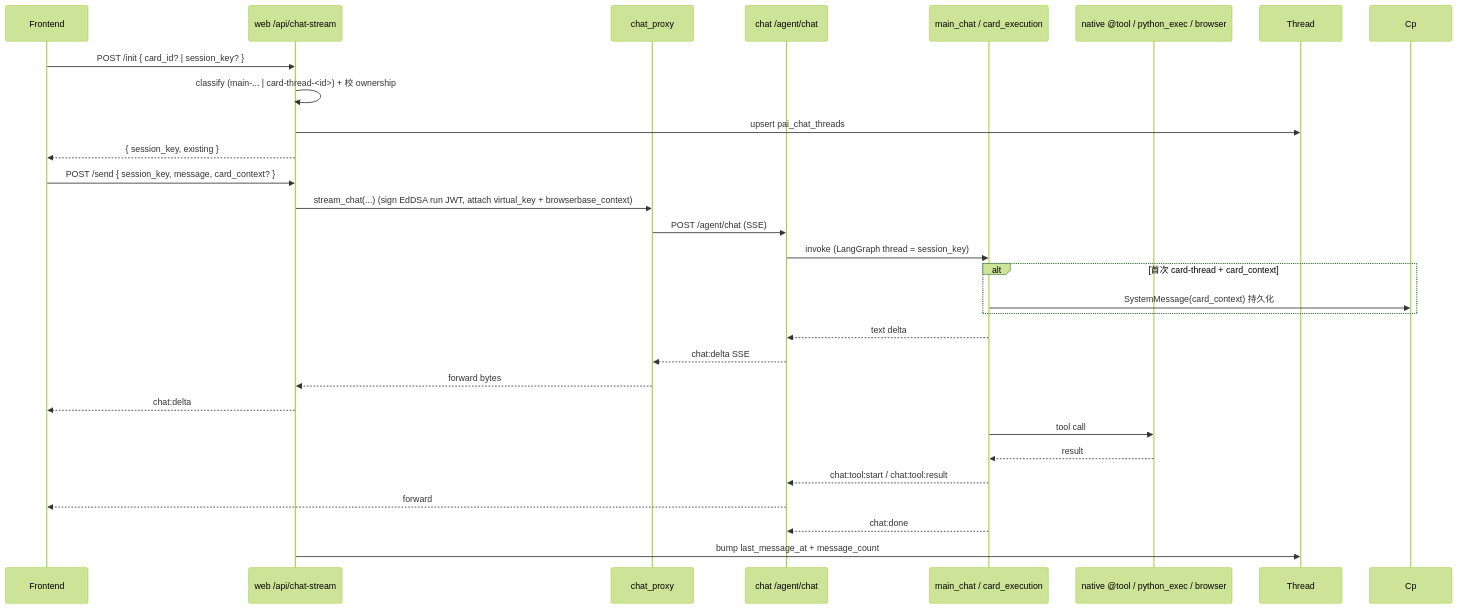
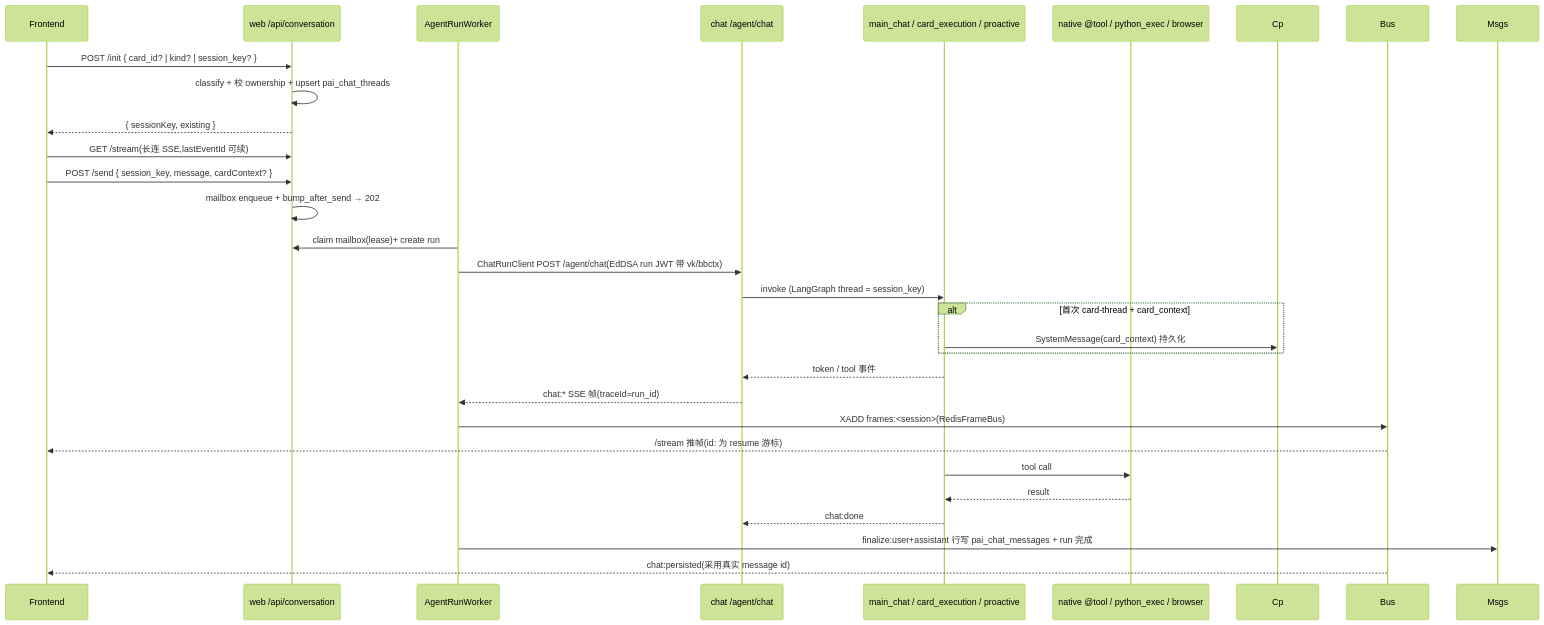
Before and after one commit to Edge-AI-HQ/proactive-assistant: the second of 2 diagrams in docs/modules/execution.mdx, drawn with Mermaid (forest theme). The commit also changed other lines of this file and 26 other files, not shown here.

First line of the commit message:
feat(cards): migrate card execution + pre-run fanout to the conversation kernel; remove /api/chat-stream/* (#62)

````diff
--- a/docs/modules/execution.mdx
+++ b/docs/modules/execution.mdx
@@ -69,31 +78,31 @@
 ```mermaid
 sequenceDiagram
   participant FE as Frontend
-  participant Web as web /api/chat-stream
-  participant Proxy as chat_proxy
+  participant Web as web /api/conversation
+  participant Worker as AgentRunWorker
   participant Chat as chat /agent/chat
-  participant Agent as main_chat / card_execution
+  participant Agent as main_chat / card_execution / proactive
   participant Tool as native @tool / python_exec / browser
 
-  FE->>Web: POST /init { card_id? | session_key? }
-  Web->>Web: classify (main-... | card-thread-<id>) + 校 ownership
-  Web->>Thread: upsert pai_chat_threads
-  Web-->>FE: { session_key, existing }
-  FE->>Web: POST /send { session_key, message, card_context? }
-  Web->>Proxy: stream_chat(...) (sign EdDSA run JWT, attach virtual_key + browserbase_context)
-  Proxy->>Chat: POST /agent/chat (SSE)
+  FE->>Web: POST /init { card_id? | kind? | session_key? }
+  Web->>Web: classify + 校 ownership + upsert pai_chat_threads
+  Web-->>FE: { sessionKey, existing }
+  FE->>Web: GET /stream(长连 SSE,lastEventId 可续)
+  FE->>Web: POST /send { session_key, message, cardContext? }
+  Web->>Web: mailbox enqueue + bump_after_send → 202
+  Worker->>Web: claim mailbox(lease)+ create run
+  Worker->>Chat: ChatRunClient POST /agent/chat(EdDSA run JWT 带 vk/bbctx)
   Chat->>Agent: invoke (LangGraph thread = session_key)
   alt 首次 card-thread + card_context
     Agent->>Cp: SystemMessage(card_context) 持久化
   end
-  Agent-->>Chat: text delta
-  Chat-->>Proxy: chat:delta SSE
-  Proxy-->>Web: forward bytes
-  Web-->>FE: chat:delta
+  Agent-->>Chat: token / tool 事件
+  Chat-->>Worker: chat:* SSE 帧(traceId=run_id)
+  Worker->>Bus: XADD frames:<session>(RedisFrameBus)
+  Bus-->>FE: /stream 推帧(id: 为 resume 游标)
   Agent->>Tool: tool call
   Tool-->>Agent: result
-  Agent-->>Chat: chat:tool:start / chat:tool:result
-  Chat-->>FE: forward
   Agent-->>Chat: chat:done
-  Web->>Thread: bump last_message_at + message_count
+  Worker->>Msgs: finalize:user+assistant 行写 pai_chat_messages + run 完成
+  Bus-->>FE: chat:persisted(采用真实 message id)
 ```
````
